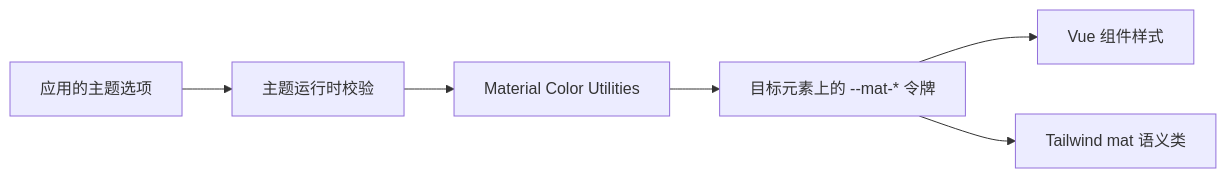
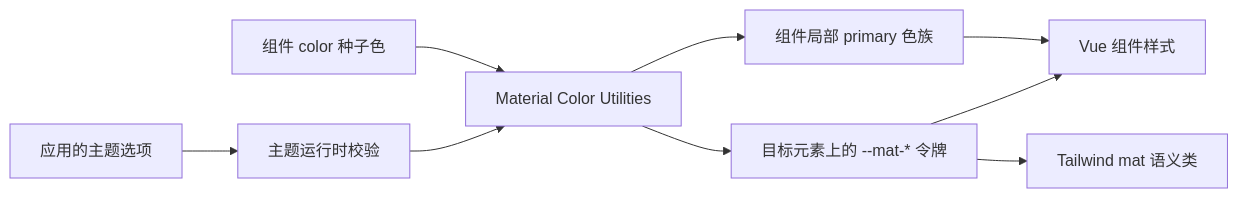
Before and after one commit to slime7/mde-vue: the first of 2 diagrams in docs/project/ARCHITECTURE.md, drawn with Mermaid. The commit also changed other lines of this file and 26 other files, not shown here.

````diff
--- a/docs/project/ARCHITECTURE.md
+++ b/docs/project/ARCHITECTURE.md
@@ -63,8 +65,11 @@
 ```mermaid
 flowchart LR
     A["应用的主题选项"] --> B["主题运行时校验"]
     B --> C["Material Color Utilities"]
     C --> D["目标元素上的 --mat-* 令牌"]
     D --> E["Vue 组件样式"]
     D --> F["Tailwind mat 语义类"]
+    G["组件 color 种子色"] --> C
+    C --> H["组件局部 primary 色族"]
+    H --> E
 ```
````
